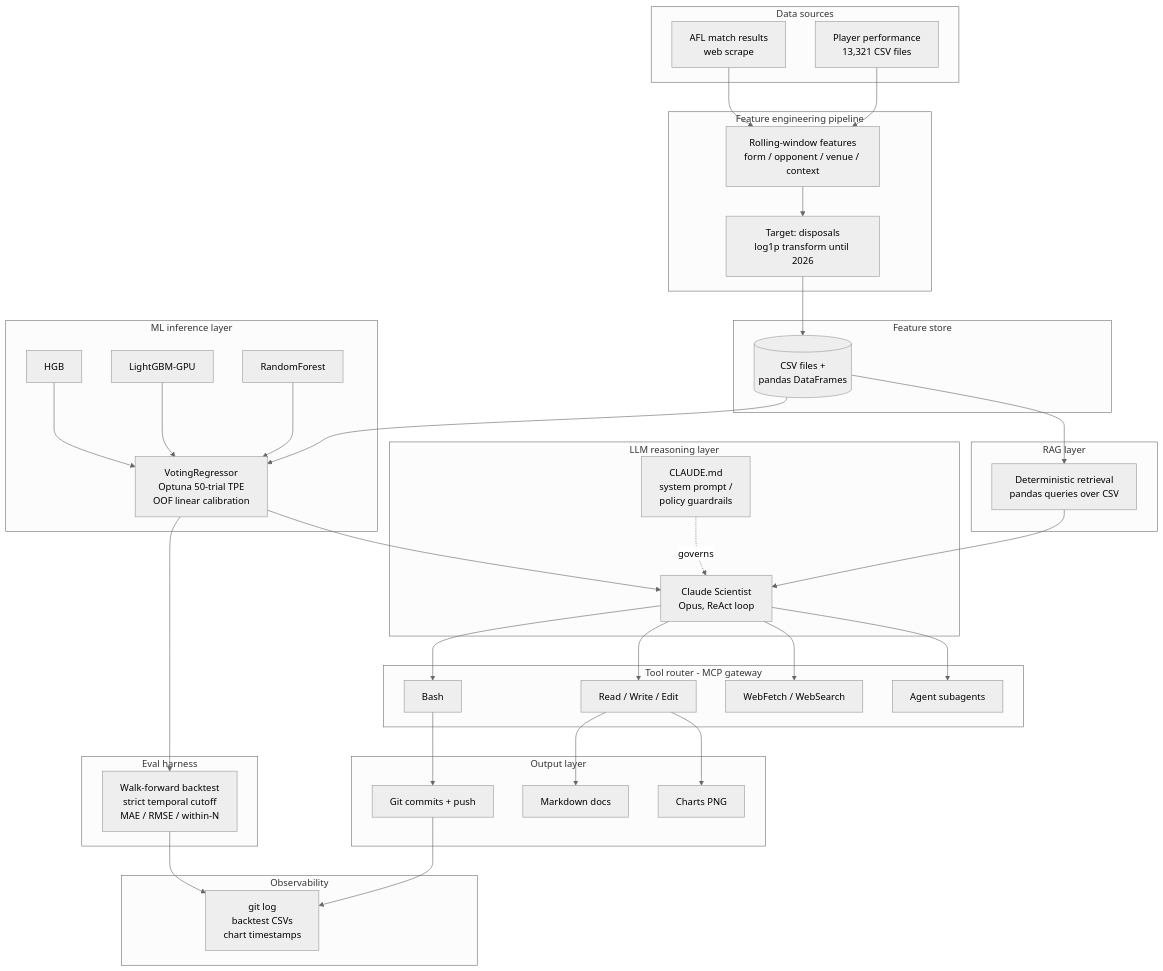
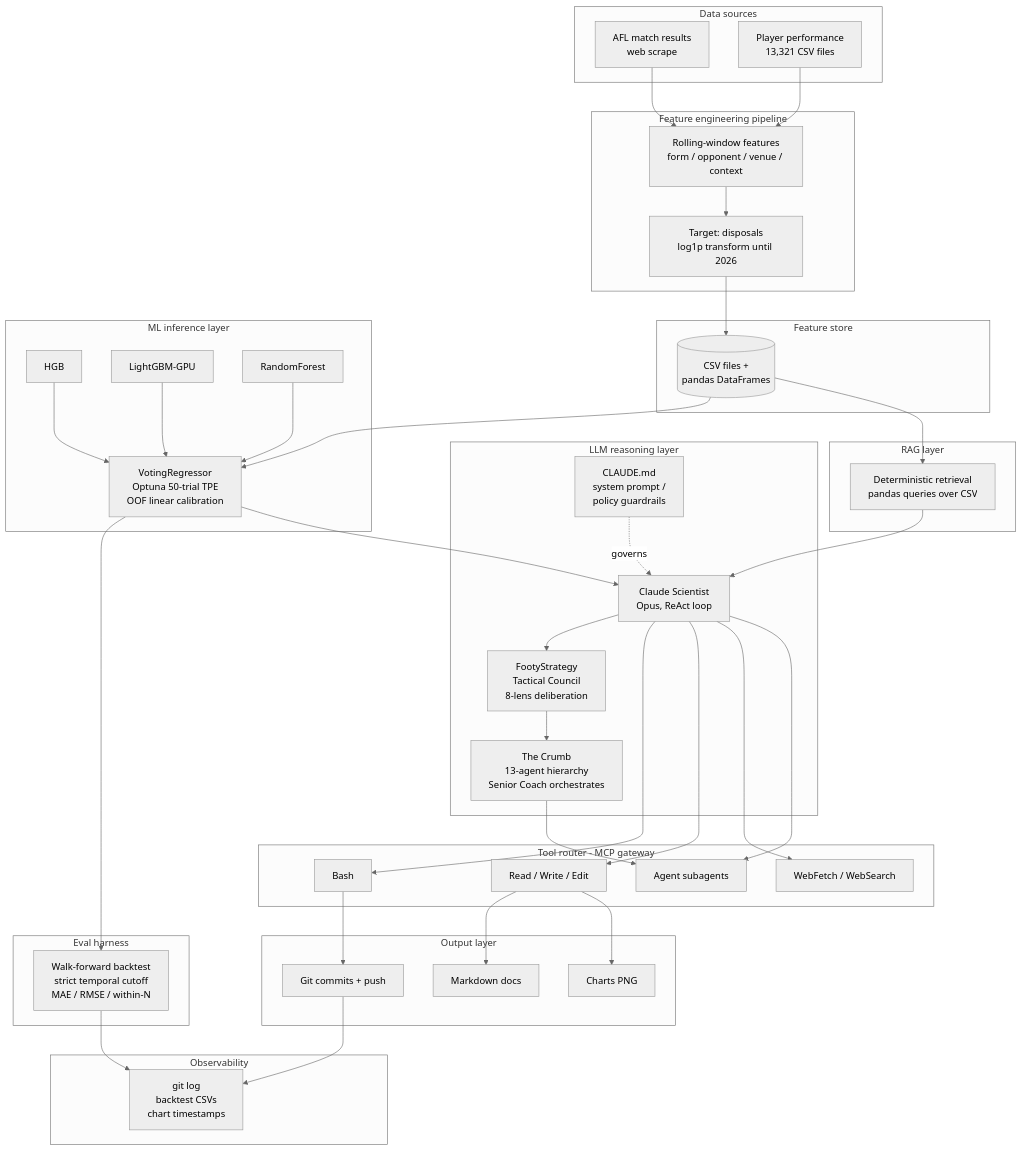
Before and after one commit to apur27/SuperCoach-VIA: the diagram in docs/ai-architecture.md, drawn with Mermaid (neutral theme). The commit also changed other lines of this file, not shown here.

First line of the commit message:
Update AI architecture doc: add FootyStrategy agent, The Crumb hierarchy, and Claude Code setup (Section 8+9)

````diff
--- a/docs/ai-architecture.md
+++ b/docs/ai-architecture.md
@@ -13,75 +13,80 @@
 ```mermaid
 flowchart TB
     subgraph Sources["Data sources"]
         A1[AFL match results<br/>web scrape]
         A2[Player performance<br/>13,321 CSV files]
     end
 
     subgraph Pipeline["Feature engineering pipeline"]
         B1[Rolling-window features<br/>form / opponent / venue / context]
         B2[Target: disposals<br/>log1p transform until 2026]
     end
 
     subgraph Store["Feature store"]
         C1[(CSV files +<br/>pandas DataFrames)]
     end
 
     subgraph ML["ML inference layer"]
         D1[HGB]
         D2[LightGBM-GPU]
         D3[RandomForest]
         D4[VotingRegressor<br/>Optuna 50-trial TPE<br/>OOF linear calibration]
         D1 --> D4
         D2 --> D4
         D3 --> D4
     end
 
     subgraph LLM["LLM reasoning layer"]
         E1[Claude Scientist<br/>Opus, ReAct loop]
         E2[CLAUDE.md<br/>system prompt /<br/>policy guardrails]
+        E3[FootyStrategy<br/>Tactical Council<br/>8-lens deliberation]
+        E4[The Crumb<br/>13-agent hierarchy<br/>Senior Coach orchestrates]
         E2 -.governs.-> E1
+        E1 --> E3
+        E3 --> E4
     end
 
     subgraph Tools["Tool router - MCP gateway"]
         F1[Bash]
         F2[Read / Write / Edit]
         F3[WebFetch / WebSearch]
         F4[Agent subagents]
     end
 
     subgraph RAG["RAG layer"]
         G1[Deterministic retrieval<br/>pandas queries over CSV]
     end
 
     subgraph Eval["Eval harness"]
         H1[Walk-forward backtest<br/>strict temporal cutoff<br/>MAE / RMSE / within-N]
     end
 
     subgraph Output["Output layer"]
         I1[Markdown docs]
         I2[Charts PNG]
         I3[Git commits + push]
     end
 
     subgraph Obs["Observability"]
         J1[git log<br/>backtest CSVs<br/>chart timestamps]
     end
 
     A1 --> B1
     A2 --> B1
     B1 --> B2 --> C1
     C1 --> D4
     D4 --> H1
     D4 --> E1
     C1 --> G1
     G1 --> E1
     E1 --> F1
     E1 --> F2
     E1 --> F3
     E1 --> F4
+    E4 --> F4
     F2 --> I1
     F2 --> I2
     F1 --> I3
     I3 --> J1
     H1 --> J1
 ```
````
